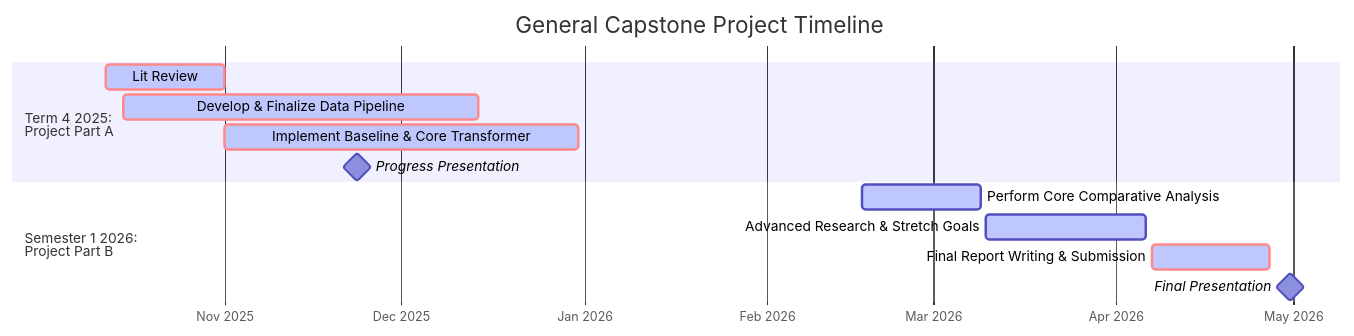
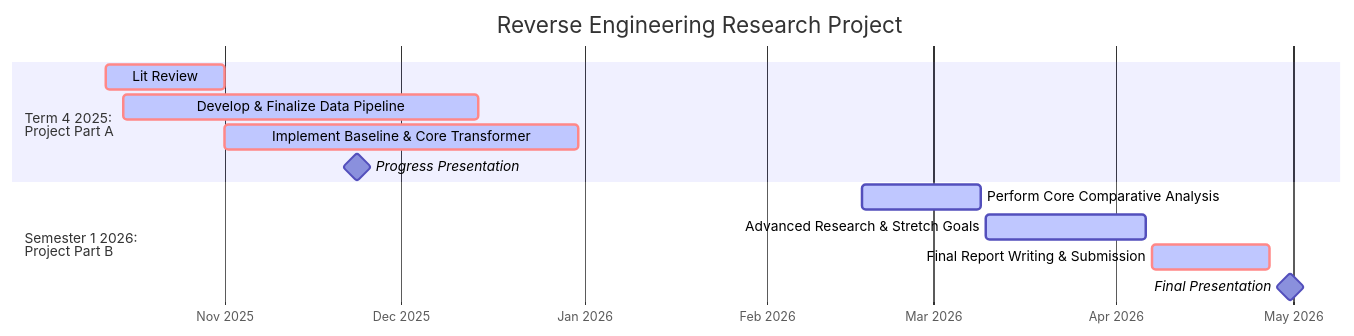
One commit to CraigAA/CAN_Reverse_Engineering_Project changed the diagram in README.md. Above: the diagram before and after it, drawn with Mermaid.

````diff
--- a/README.md
+++ b/README.md
@@ -18,21 +18,21 @@
 ```mermaid
 gantt
-    title General Capstone Project Timeline
+    title Reverse Engineering Research Project
     dateFormat  YYYY-MM-DD
     axisFormat  %b %Y
     tickInterval 1month
 
     section Term 4 2025: <br>Project Part A
     Lit Review :crit, active, planning, 2025-10-12, 2025-11-01
     Develop & Finalize Data Pipeline :crit, active, pipeline, 2025-10-15, 2025-12-14
     Implement Baseline & Core Transformer :crit, active, coredev, 2025-11-01, 2025-12-31
     Progress Presentation          :milestone, pp, 2025-11-23, 1d
     
     %% ---Project Break from Late Jan to Mid-Feb ---
     
     section Semester 1 2026: <br>Project Part B
     Perform Core Comparative Analysis :active, cca, 2026-02-17, 2026-03-09
     Advanced Research & Stretch Goals  :active, stretch, 2026-03-10, 2026-04-06
     Final Report Writing & Submission  :crit, active, report, 2026-04-07, 2026-04-27
     Final Presentation                 :milestone, fpp, 2026-04-30, 1d
 ```
````
